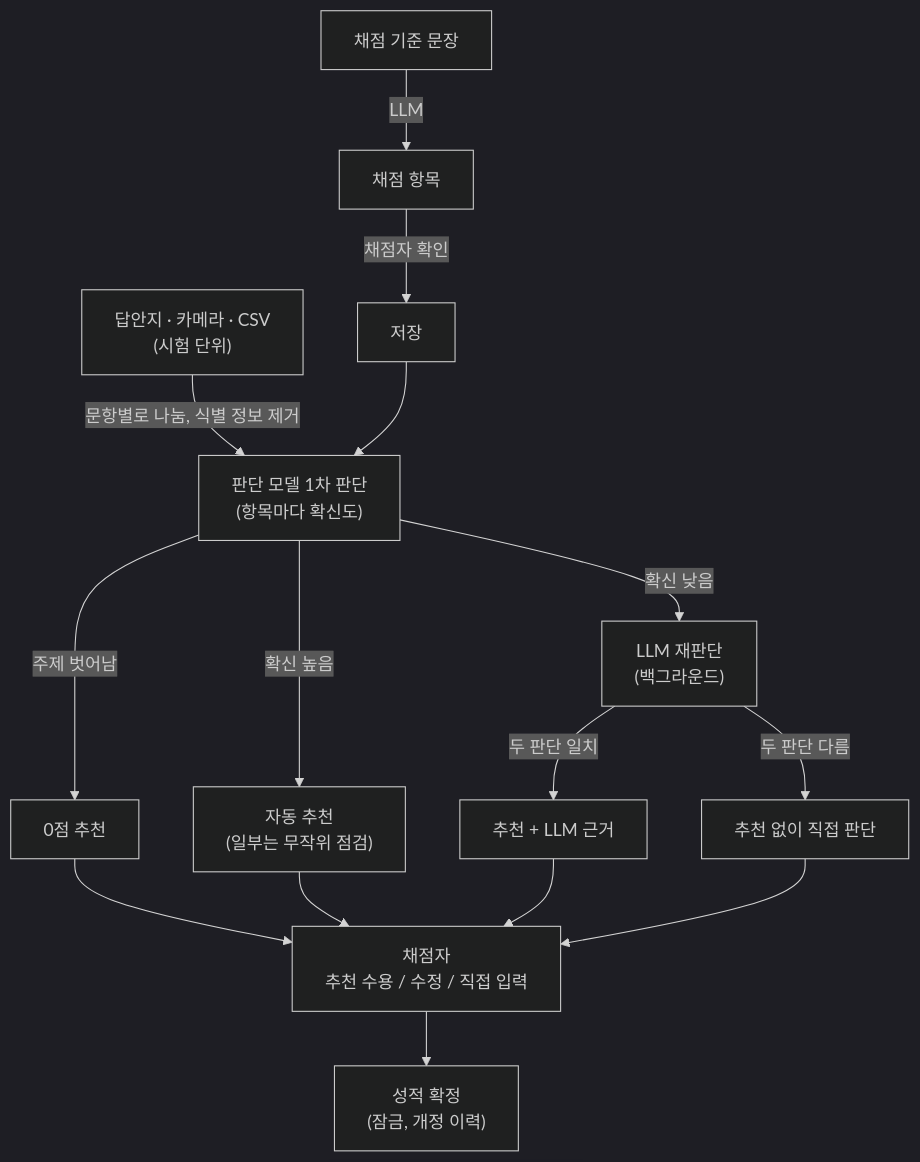
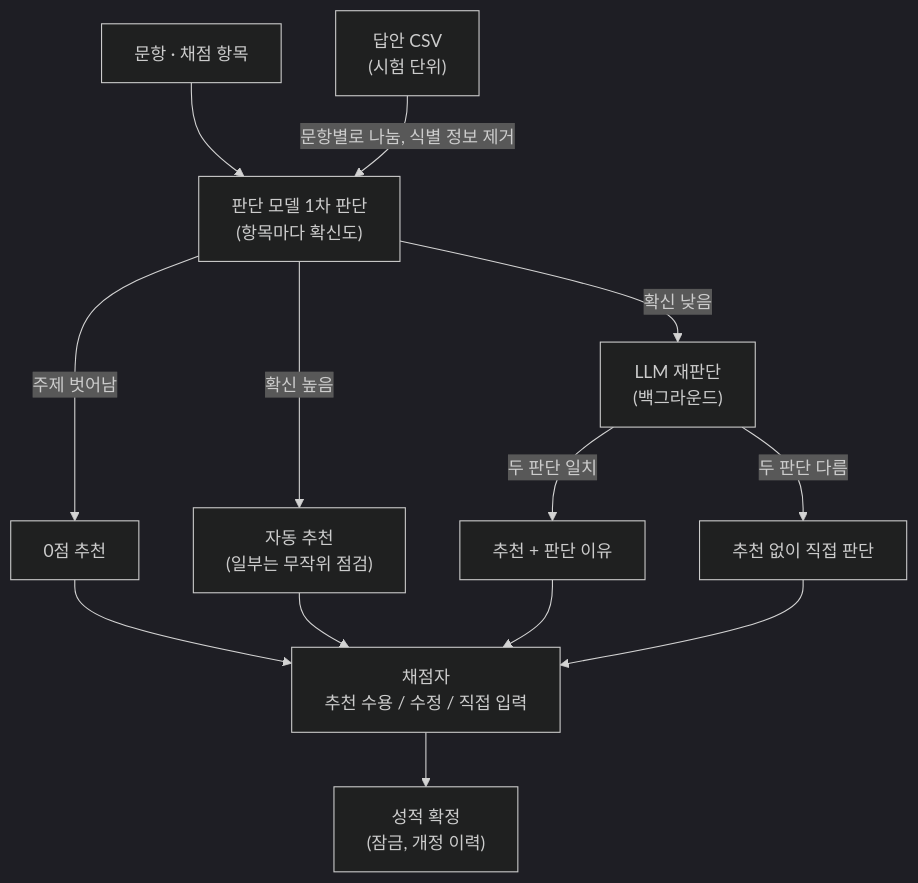
One commit to GrntKim/FastABC changed the diagram in README.md. Above: the diagram before and after it, drawn with Mermaid (dark theme). The commit also changed other lines of this file and 2 other files, not shown here.

````diff
--- a/README.md
+++ b/README.md
@@ -63,16 +55,14 @@
 ```mermaid
 flowchart TD
-    RUBRIC["채점 기준 문장"] -->|LLM| ITEMS["채점 항목"]
-    ITEMS -->|채점자 확인| SAVED["저장"]
-    CSV["답안지 · 카메라 · CSV<br/>(시험 단위)"] -->|문항별로 나눔, 식별 정보 제거| JUDGE
-    SAVED --> JUDGE["판단 모델 1차 판단<br/>(항목마다 확신도)"]
+    ITEMS["문항 · 채점 항목"] --> JUDGE
+    CSV["답안 CSV<br/>(시험 단위)"] -->|문항별로 나눔, 식별 정보 제거| JUDGE["판단 모델 1차 판단<br/>(항목마다 확신도)"]
 
     JUDGE -->|주제 벗어남| OFF["0점 추천"]
     JUDGE -->|확신 높음| AUTO["자동 추천<br/>(일부는 무작위 점검)"]
     JUDGE -->|확신 낮음| LLM["LLM 재판단<br/>(백그라운드)"]
-    LLM -->|두 판단 일치| AGREE["추천 + LLM 근거"]
+    LLM -->|두 판단 일치| AGREE["추천 + 판단 이유"]
     LLM -->|두 판단 다름| SPLIT["추천 없이 직접 판단"]
 
     OFF & AUTO & AGREE & SPLIT --> GRADER["채점자<br/>추천 수용 / 수정 / 직접 입력"]
     GRADER --> FINAL["성적 확정<br/>(잠금, 개정 이력)"]
 ```
````
